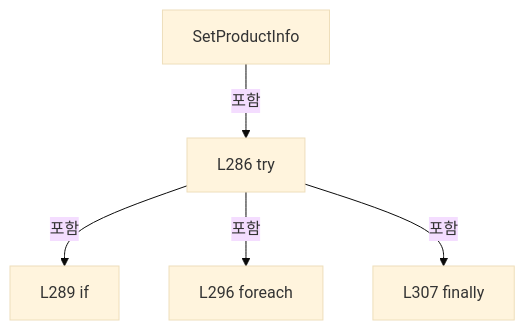
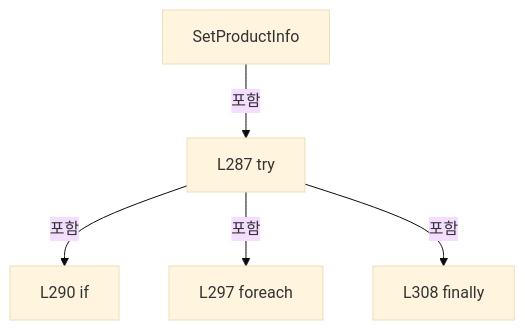
One commit to kjuws10-rgb/Shared changed the sixth of 27 diagrams in A3 LD Code Ref/files/Drilling.Common/Product/CProductManager.cs.md. Above: the diagram before and after it, drawn with Mermaid (base theme). The commit also changed other lines of this file and 8055 other files, not shown here.

Commit message:
docs(a3): trace Stage Glass Data and refresh architecture and full code reference

````diff
--- a/A3 LD Code Ref/files/Drilling.Common/Product/CProductManager.cs.md
+++ b/A3 LD Code Ref/files/Drilling.Common/Product/CProductManager.cs.md
@@ -1074,12 +1075,12 @@
 ```mermaid
 flowchart TD
  M["SetProductInfo"]
- N0["L286 try"]
+ N0["L287 try"]
  M -->|포함| N0
- N1["L289 if"]
+ N1["L290 if"]
  N0 -->|포함| N1
- N2["L296 foreach"]
+ N2["L297 foreach"]
  N0 -->|포함| N2
- N3["L307 finally"]
+ N3["L308 finally"]
  N0 -->|포함| N3
 ```
````
